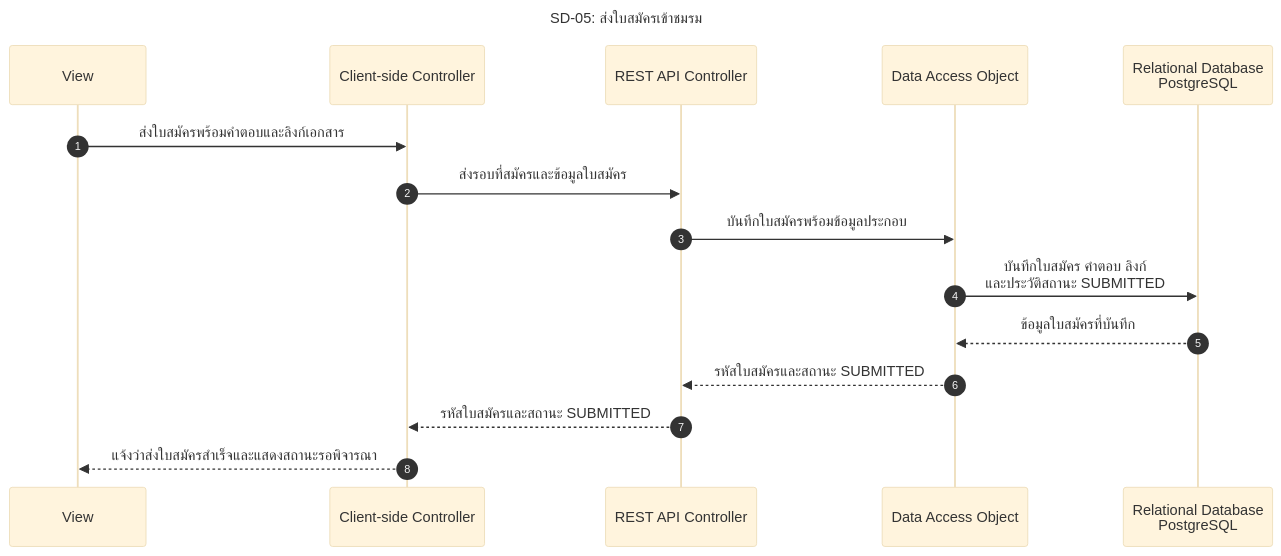
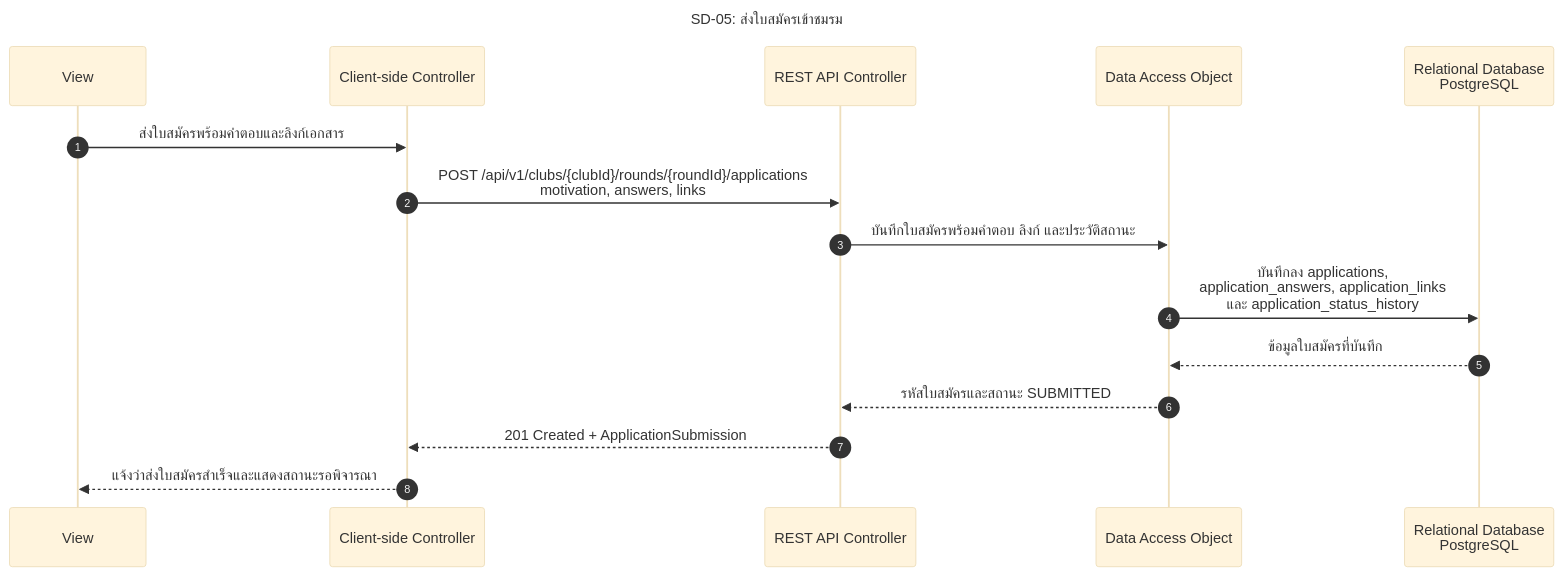
Before and after one commit to chanitnan0jr/TU_ClubHub_CS261: the diagram in docs/diagrams/sequence/SD-05-submit-application.md, drawn with Mermaid (base theme). The commit also changed other lines of this file, not shown here.

Commit message:
docs(diagrams): update SD-05 to the API contract
SD-05 still described the submission endpoint as a proposal. Link it
to API contract section 11 and openapi.yaml, show the motivation,
answers and links fields, and name the four tables written in one
transaction.

````diff
--- a/docs/diagrams/sequence/SD-05-submit-application.md
+++ b/docs/diagrams/sequence/SD-05-submit-application.md
@@ -11,21 +11,21 @@
 ```mermaid
 ---
 title: "SD-05: ส่งใบสมัครเข้าชมรม"
 ---
 sequenceDiagram
     autonumber
     participant V as View
     participant C as Client-side Controller
     participant API as REST API Controller
     participant DAO as Data Access Object
     participant DB as Relational Database<br/>PostgreSQL
 
     V->>C: ส่งใบสมัครพร้อมคำตอบและลิงก์เอกสาร
-    C->>API: ส่งรอบที่สมัครและข้อมูลใบสมัคร
-    API->>DAO: บันทึกใบสมัครพร้อมข้อมูลประกอบ
-    DAO->>DB: บันทึกใบสมัคร คำตอบ ลิงก์<br/>และประวัติสถานะ SUBMITTED
+    C->>API: POST /api/v1/clubs/{clubId}/rounds/{roundId}/applications<br/>motivation, answers, links
+    API->>DAO: บันทึกใบสมัครพร้อมคำตอบ ลิงก์ และประวัติสถานะ
+    DAO->>DB: บันทึกลง applications,<br/>application_answers, application_links<br/>และ application_status_history
     DB-->>DAO: ข้อมูลใบสมัครที่บันทึก
     DAO-->>API: รหัสใบสมัครและสถานะ SUBMITTED
-    API-->>C: รหัสใบสมัครและสถานะ SUBMITTED
+    API-->>C: 201 Created + ApplicationSubmission
     C-->>V: แจ้งว่าส่งใบสมัครสำเร็จและแสดงสถานะรอพิจารณา
 ```
````
